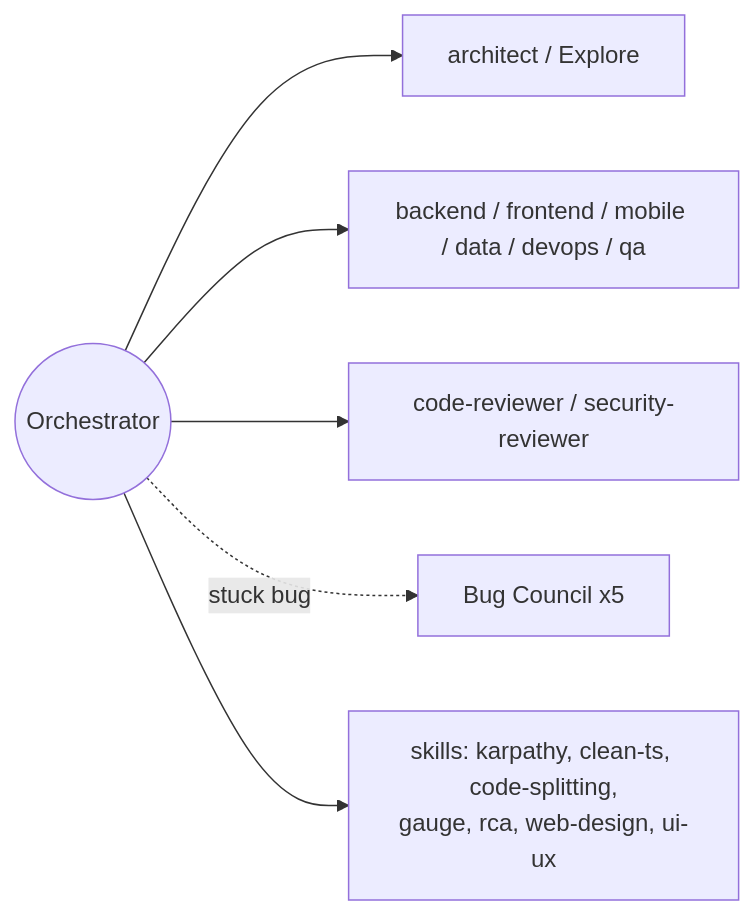
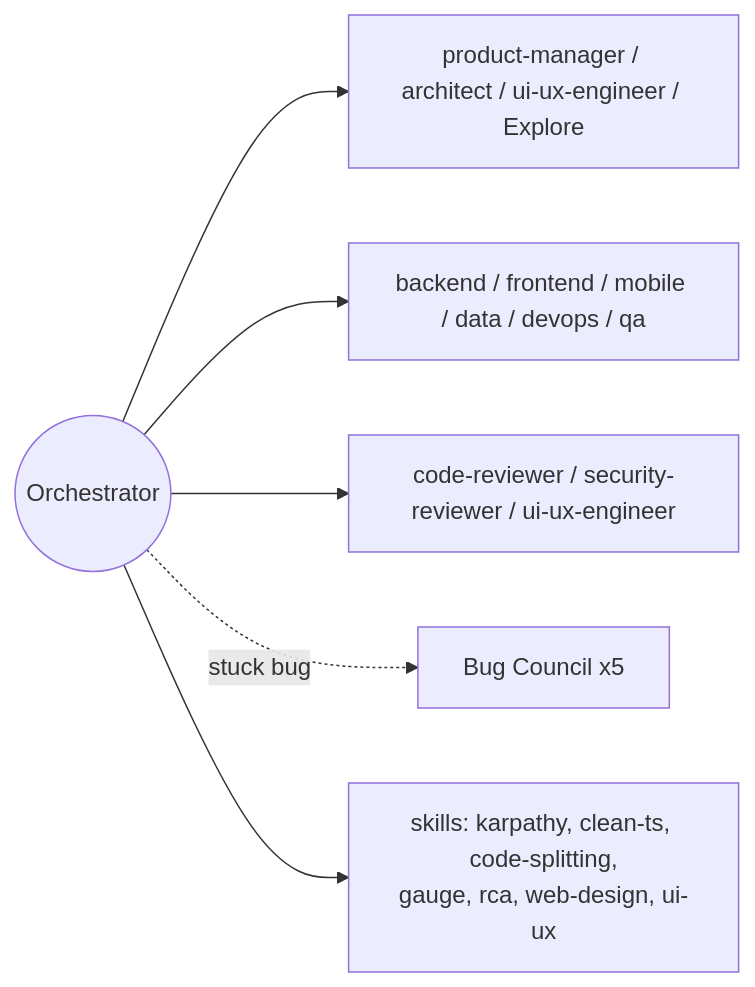
The fourth of 7 diagrams in README.md (jaysonventura/claude-dev-team), drawn with Mermaid before and after one commit. The commit also changed other lines of this file and 5 other files, not shown here.

First line of the commit message:
v1.13.0: add product-manager + ui-ux-engineer agents (13-core team)

````diff
--- a/README.md
+++ b/README.md
@@ -130,8 +131,8 @@
 ```mermaid
 flowchart LR
-    O(("Orchestrator")) --> RES["architect / Explore"]
+    O(("Orchestrator")) --> RES["product-manager / architect / ui-ux-engineer / Explore"]
     O --> BUILD["backend / frontend / mobile / data / devops / qa"]
-    O --> REV["code-reviewer / security-reviewer"]
+    O --> REV["code-reviewer / security-reviewer / ui-ux-engineer"]
     O -.->|"stuck bug"| BC["Bug Council x5"]
     O --> SK["skills: karpathy, clean-ts, code-splitting,<br/>gauge, rca, web-design, ui-ux"]
 ```
````
